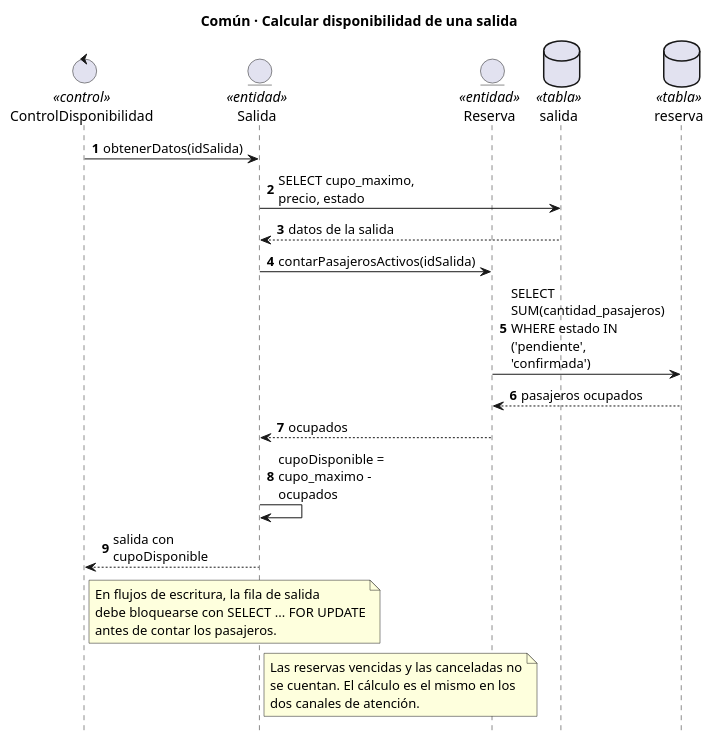
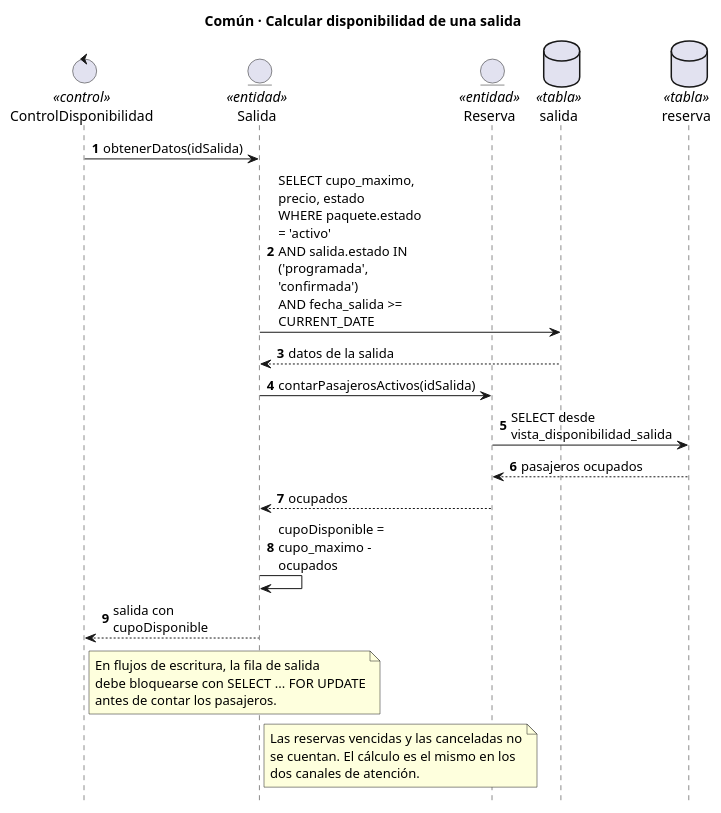
One commit to fervflow/sis-inf3-proyecto-formativo changed the diagram in sistema/diagramas/uml/secuencia-comunes/comun-disponibilidad.puml. Above: the diagram before and after it, drawn with PlantUML. The commit also changed 68 other files, not shown here.

```diff
--- a/sistema/diagramas/uml/secuencia-comunes/comun-disponibilidad.puml
+++ b/sistema/diagramas/uml/secuencia-comunes/comun-disponibilidad.puml
@@ -1,34 +1,34 @@
 @startuml
 title Común · Calcular disponibilidad de una salida
 hide footbox
 autonumber
 skinparam maxMessageSize 150
 
 control "ControlDisponibilidad" as CTRL <<control>>
 entity "Salida" as E_SALIDA <<entidad>>
 entity "Reserva" as E_RESERVA <<entidad>>
 database "salida" as T_SALIDA <<tabla>>
 database "reserva" as T_RESERVA <<tabla>>
 
 CTRL -> E_SALIDA : obtenerDatos(idSalida)
-E_SALIDA -> T_SALIDA : SELECT cupo_maximo, precio, estado
+E_SALIDA -> T_SALIDA : SELECT cupo_maximo, precio, estado\nWHERE paquete.estado = 'activo'\nAND salida.estado IN ('programada', 'confirmada')\nAND fecha_salida >= CURRENT_DATE
 T_SALIDA --> E_SALIDA : datos de la salida
 E_SALIDA -> E_RESERVA : contarPasajerosActivos(idSalida)
-E_RESERVA -> T_RESERVA : SELECT SUM(cantidad_pasajeros)\nWHERE estado IN ('pendiente', 'confirmada')
+E_RESERVA -> T_RESERVA : SELECT desde vista_disponibilidad_salida
 T_RESERVA --> E_RESERVA : pasajeros ocupados
 E_RESERVA --> E_SALIDA : ocupados
 E_SALIDA -> E_SALIDA : cupoDisponible = cupo_maximo - ocupados
 E_SALIDA --> CTRL : salida con cupoDisponible
 
 note right of CTRL
     En flujos de escritura, la fila de salida
     debe bloquearse con SELECT ... FOR UPDATE
     antes de contar los pasajeros.
 end note
 
 note right of E_SALIDA
     Las reservas vencidas y las canceladas no
     se cuentan. El cálculo es el mismo en los
     dos canales de atención.
 end note
 @enduml
```
